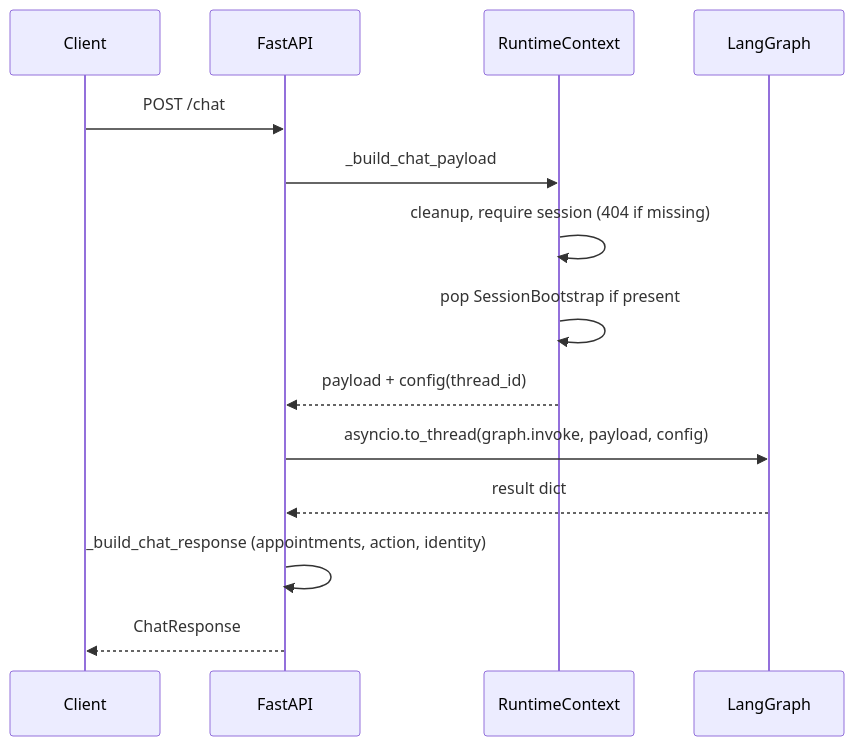
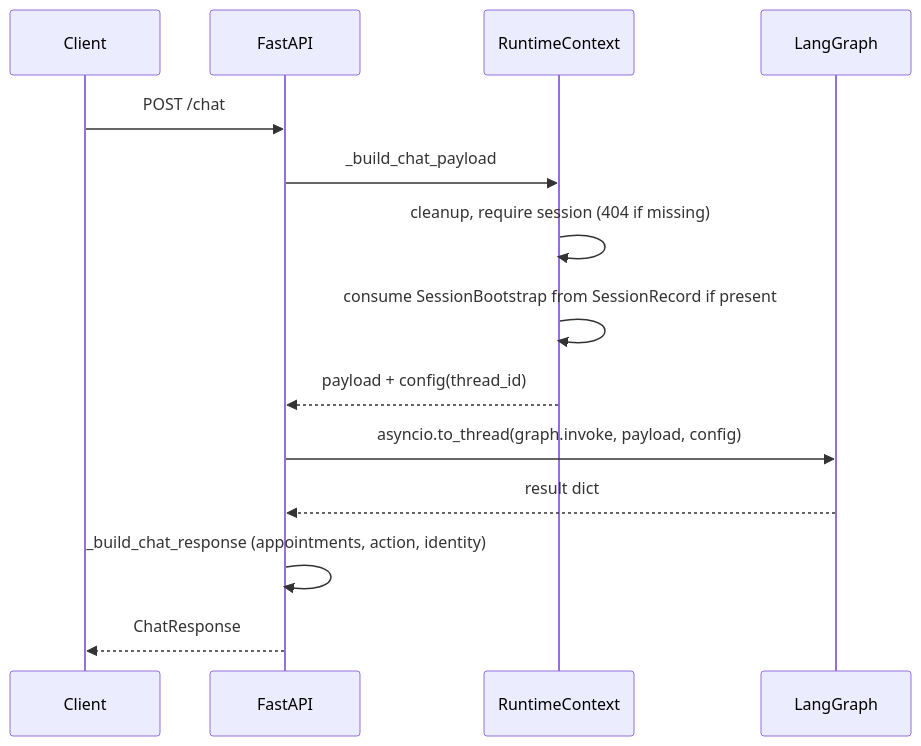
The third of 4 diagrams in docs/architecture.md (ktakanopy/appointment-bot), drawn with Mermaid before and after one commit. The commit also changed other lines of this file and 6 other files, not shown here.

````diff
--- a/docs/architecture.md
+++ b/docs/architecture.md
@@ -96,17 +96,17 @@
 ```mermaid
 sequenceDiagram
   participant C as Client
   participant API as FastAPI
   participant RT as RuntimeContext
   participant G as LangGraph
 
   C->>API: POST /chat
   API->>RT: _build_chat_payload
   RT->>RT: cleanup, require session (404 if missing)
-  RT->>RT: pop SessionBootstrap if present
+  RT->>RT: consume SessionBootstrap from SessionRecord if present
   RT-->>API: payload + config(thread_id)
   API->>G: asyncio.to_thread(graph.invoke, payload, config)
   G-->>API: result dict
   API->>API: _build_chat_response (appointments, action, identity)
   API-->>C: ChatResponse
 ```
````
